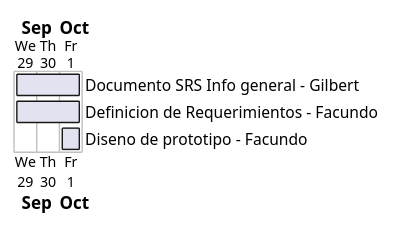
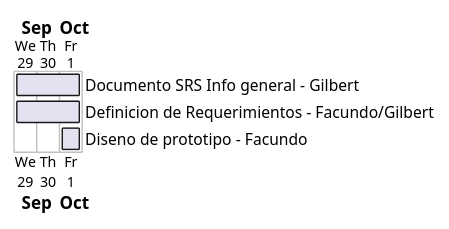
The diagram in Diagramas.md (facund015/codeRelatedObsidianNotes), drawn with PlantUML before and after one commit. The commit also changed 1 other file, not shown here.

Commit message:
vault backup: 2021-10-01 09:54:02

````diff
--- a/Diagramas.md
+++ b/Diagramas.md
@@ -1,15 +1,15 @@
 ```plantuml
 
 @startgantt
 Project starts 2021-09-29
 
 [Documento SRS Info general - Gilbert] lasts 3 day and starts 2021-09-29
-[Definicion de Requerimientos - Facundo] lasts 3 day and starts 2021-09-29
+[Definicion de Requerimientos - Facundo/Gilbert] lasts 3 day and starts 2021-09-29
 [Diseno de prototipo - Facundo] lasts 1 days and starts 2021-10-1
 
 
 @endgantt
 
 
 
 ```
````
